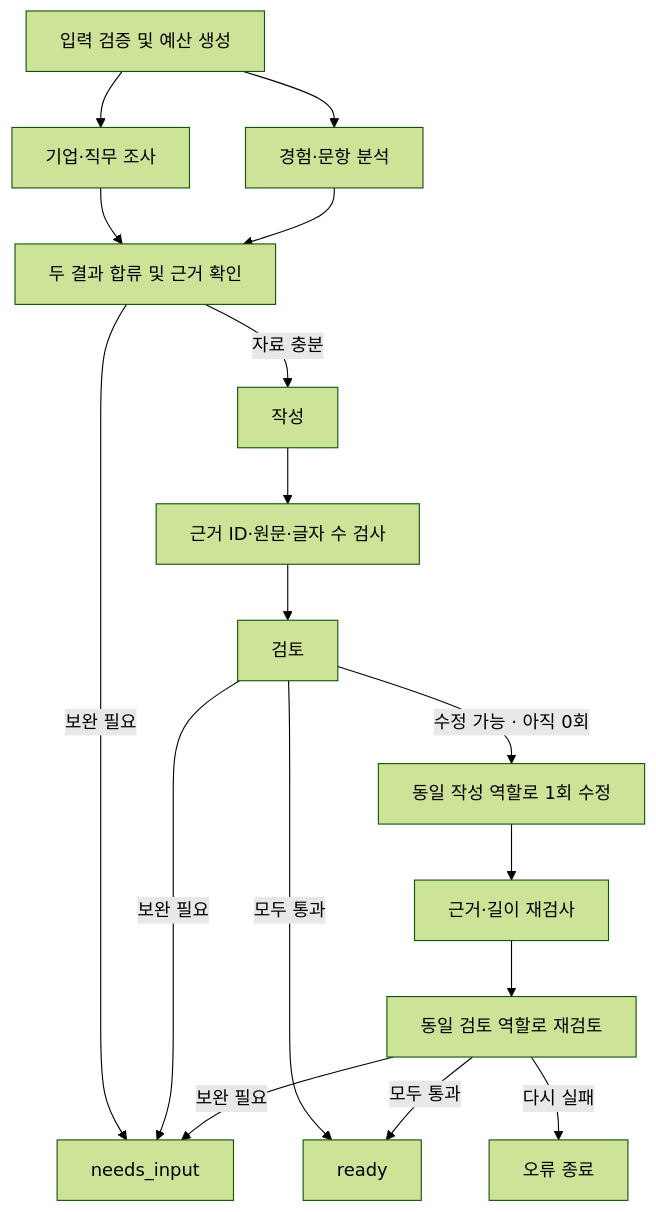
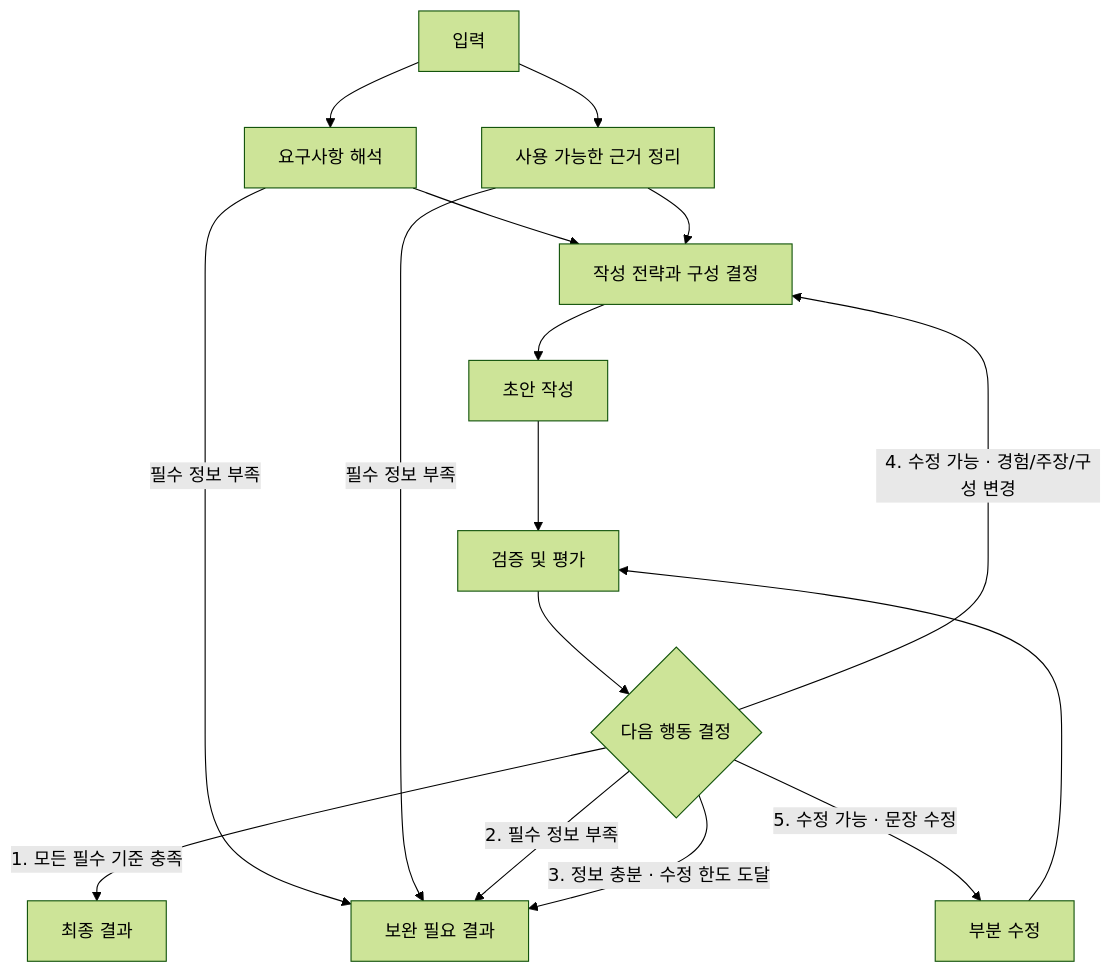
One commit to gukastan/essay-service changed the diagram in docs/TECH_DESIGN_V2.md. Above: the diagram before and after it, drawn with Mermaid (forest theme). The commit also changed other lines of this file and 13 other files, not shown here.

````diff
--- a/docs/TECH_DESIGN_V2.md
+++ b/docs/TECH_DESIGN_V2.md
@@ -21,19 +22,18 @@
 ```mermaid
 flowchart TD
-  I[입력 검증 및 예산 생성] --> R[기업·직무 조사]
-  I --> A[경험·문항 분석]
-  R --> J[두 결과 합류 및 근거 확인]
-  A --> J
-  J -->|보완 필요| N[needs_input]
-  J -->|자료 충분| W[작성]
-  W --> D[근거 ID·원문·글자 수 검사]
-  D --> V[검토]
-  V -->|모두 통과| F[ready]
-  V -->|수정 가능 · 아직 0회| W2[동일 작성 역할로 1회 수정]
-  W2 --> D2[근거·길이 재검사]
-  D2 --> V2[동일 검토 역할로 재검토]
-  V2 -->|모두 통과| F
-  V -->|보완 필요| N
-  V2 -->|보완 필요| N
-  V2 -->|다시 실패| E[오류 종료]
+  A[입력] --> B[요구사항 해석]
+  A --> C[사용 가능한 근거 정리]
+  B --> D[작성 전략과 구성 결정]
+  C --> D
+  B -->|필수 정보 부족| J[보완 필요 결과]
+  C -->|필수 정보 부족| J
+  D --> E[초안 작성]
+  E --> F[검증 및 평가]
+  F --> G{다음 행동 결정}
+  G -->|1. 모든 필수 기준 충족| H[최종 결과]
+  G -->|2. 필수 정보 부족| J
+  G -->|3. 정보 충분 · 수정 한도 도달| J
+  G -->|4. 수정 가능 · 경험/주장/구성 변경| D
+  G -->|5. 수정 가능 · 문장 수정| I[부분 수정]
+  I --> F
 ```
````
